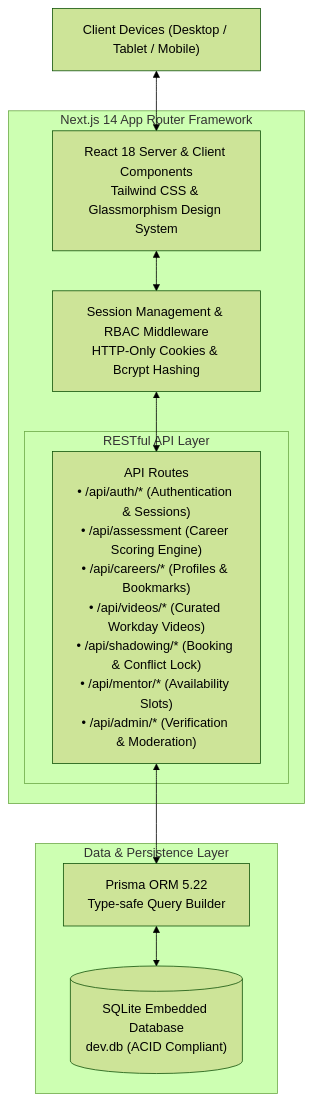
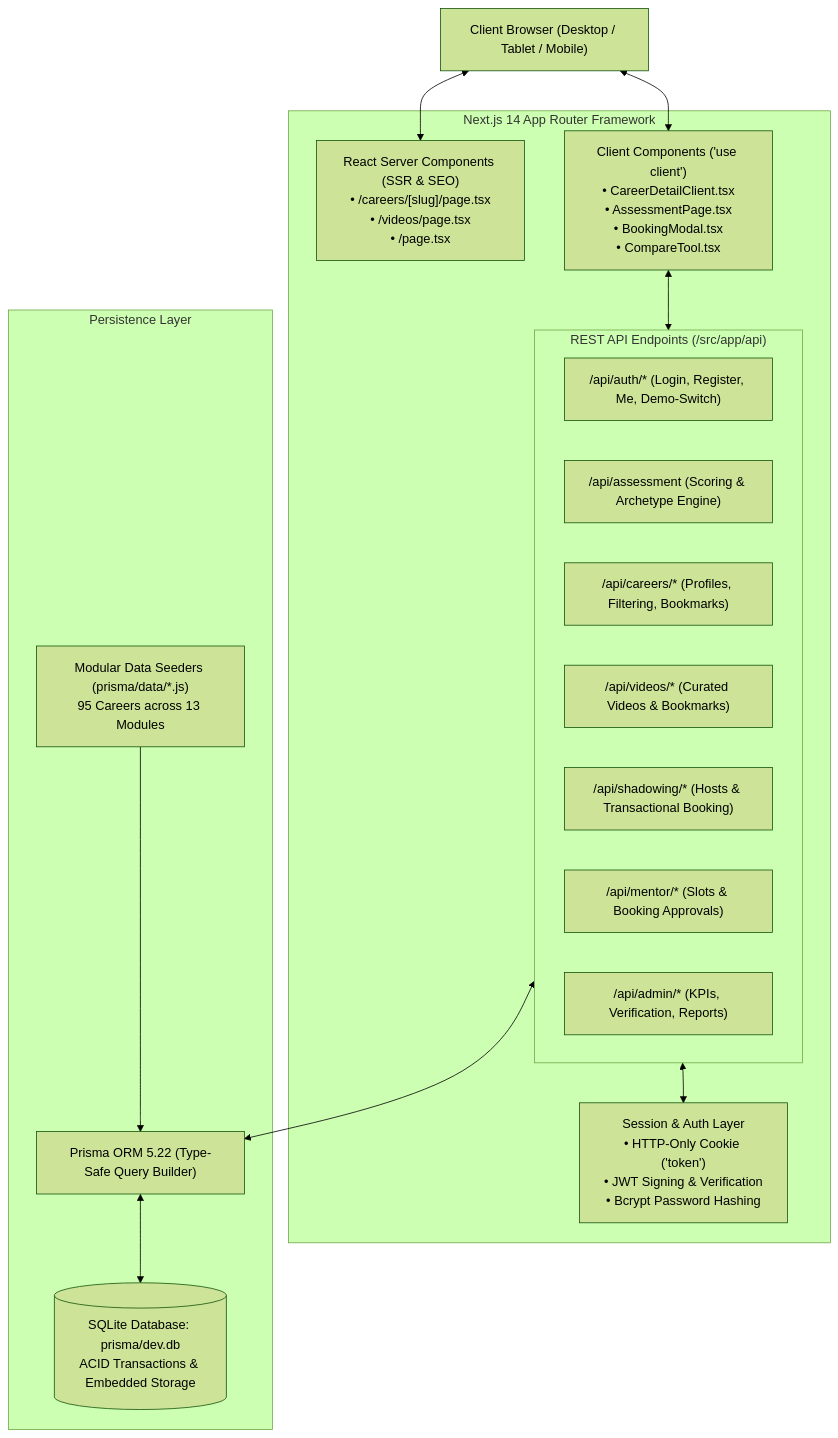
The first of 4 diagrams in README.md (AbhinavPandey12/CarrerFind---Best-Carrer-for-You), drawn with Mermaid (forest theme) before and after one commit. The commit also changed other lines of this file and 49 other files, not shown here.

````diff
--- a/README.md
+++ b/README.md
@@ -83,24 +67,35 @@
 ```mermaid
 graph TD
-    Client["Client Devices (Desktop / Tablet / Mobile)"]
-    
-    subgraph Framework["Next.js 14 App Router Framework"]
-        Pages["React 18 Server & Client Components<br/>Tailwind CSS & Glassmorphism Design System"]
-        AuthMiddleware["Session Management & RBAC Middleware<br/>HTTP-Only Cookies & Bcrypt Hashing"]
+    Client["Client Browser (Desktop / Tablet / Mobile)"]
+
+    subgraph NextServer["Next.js 14 App Router Framework"]
+        RSC["React Server Components (SSR & SEO)<br/>• /careers/[slug]/page.tsx<br/>• /videos/page.tsx<br/>• /page.tsx"]
+        RCC["Client Components ('use client')<br/>• CareerDetailClient.tsx<br/>• AssessmentPage.tsx<br/>• BookingModal.tsx<br/>• CompareTool.tsx"]
         
-        subgraph APISubgraph["RESTful API Layer"]
-            APIs["API Routes<br/>• /api/auth/* (Authentication & Sessions)<br/>• /api/assessment (Career Scoring Engine)<br/>• /api/careers/* (Profiles & Bookmarks)<br/>• /api/videos/* (Curated Workday Videos)<br/>• /api/shadowing/* (Booking & Conflict Lock)<br/>• /api/mentor/* (Availability Slots)<br/>• /api/admin/* (Verification & Moderation)"]
+        Middleware["Session & Auth Layer<br/>• HTTP-Only Cookie ('token')<br/>• JWT Signing & Verification<br/>• Bcrypt Password Hashing"]
+
+        subgraph APILayer["REST API Endpoints (/src/app/api)"]
+            AuthAPI["/api/auth/* (Login, Register, Me, Demo-Switch)"]
+            AssessAPI["/api/assessment (Scoring & Archetype Engine)"]
+            CareersAPI["/api/careers/* (Profiles, Filtering, Bookmarks)"]
+            VideosAPI["/api/videos/* (Curated Videos & Bookmarks)"]
+            ShadowAPI["/api/shadowing/* (Hosts & Transactional Booking)"]
+            MentorAPI["/api/mentor/* (Slots & Booking Approvals)"]
+            AdminAPI["/api/admin/* (KPIs, Verification, Reports)"]
         end
     end
-    
-    subgraph DataLayer["Data & Persistence Layer"]
-        Prisma["Prisma ORM 5.22<br/>Type-safe Query Builder"]
-        SQLite[("SQLite Embedded Database<br/>dev.db (ACID Compliant)")]
+
+    subgraph DataPersistence["Persistence Layer"]
+        PrismaORM["Prisma ORM 5.22 (Type-Safe Query Builder)"]
+        SQLiteDB[("SQLite Database: prisma/dev.db<br/>ACID Transactions & Embedded Storage")]
+        SeedModules["Modular Data Seeders (prisma/data/*.js)<br/>95 Careers across 13 Modules"]
     end
-    
-    Client <--> Pages
-    Pages <--> AuthMiddleware
-    AuthMiddleware <--> APIs
-    APIs <--> Prisma
-    Prisma <--> SQLite
+
+    Client <--> RSC
+    Client <--> RCC
+    RCC <--> APILayer
+    APILayer <--> Middleware
+    APILayer <--> PrismaORM
+    PrismaORM <--> SQLiteDB
+    SeedModules --> PrismaORM
 ```
````
